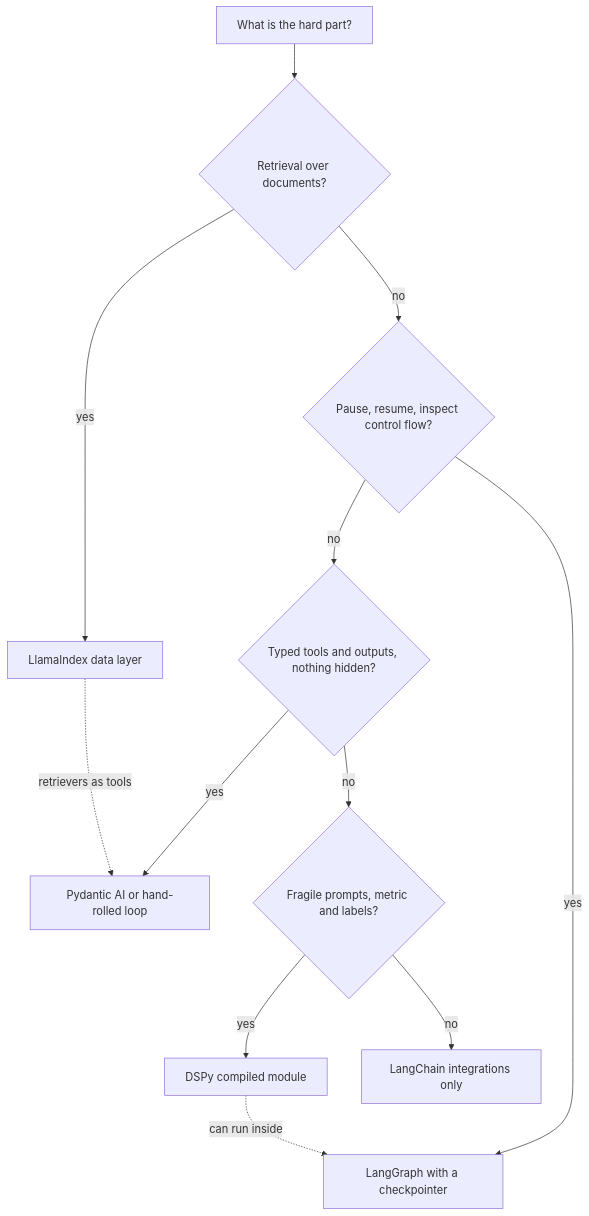
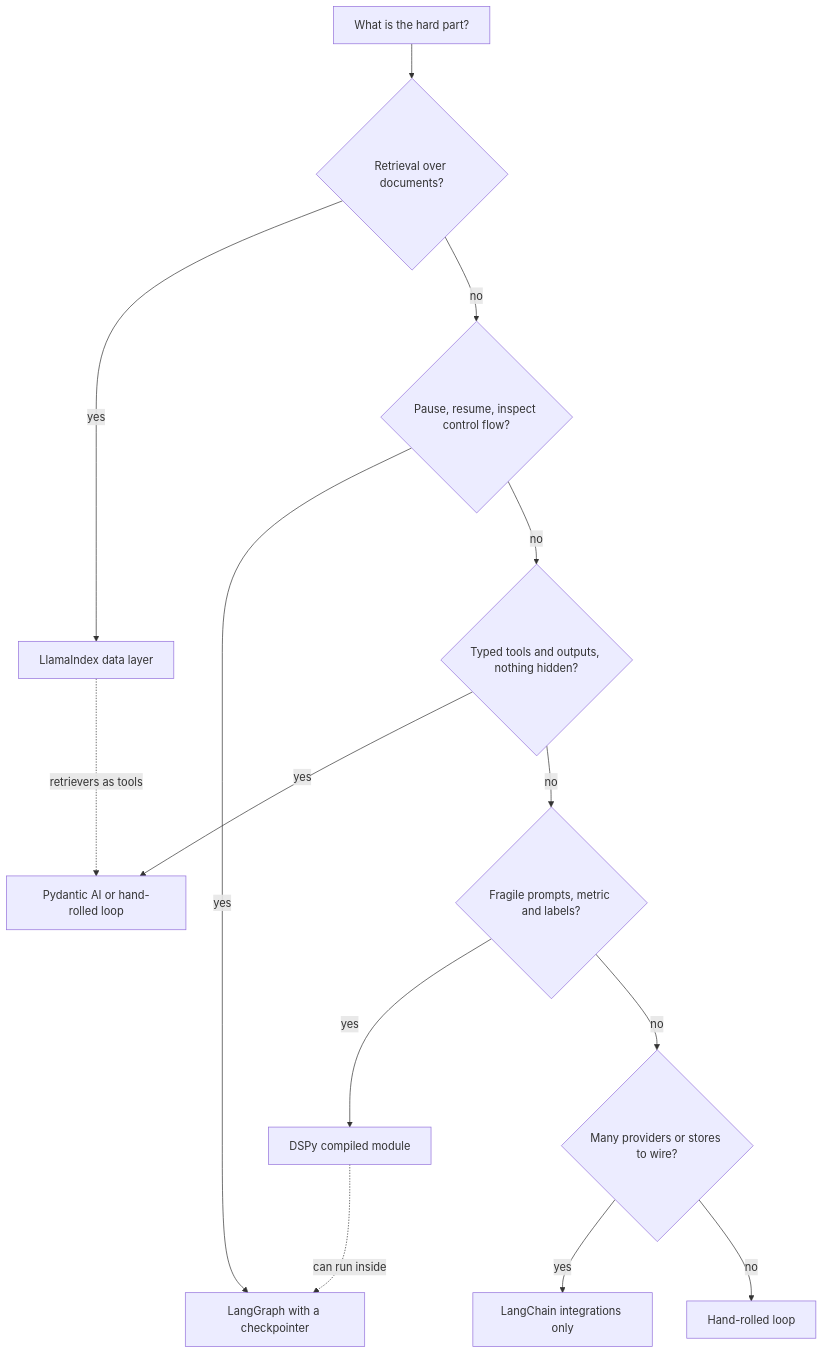
The diagram in content/agents/frameworks.md (lovishmahajan97/agentic-learning), drawn with Mermaid before and after one commit. The commit also changed other lines of this file and 213 other files, not shown here.

````diff
--- a/content/agents/frameworks.md
+++ b/content/agents/frameworks.md
@@ -146,14 +147,16 @@
 ```mermaid
 flowchart TD
     Q["What is the hard part?"] --> R{"Retrieval over documents?"}
     R -->|"yes"| LI["LlamaIndex data layer"]
     R -->|"no"| C{"Pause, resume, inspect control flow?"}
     C -->|"yes"| LG["LangGraph with a checkpointer"]
     C -->|"no"| T{"Typed tools and outputs, nothing hidden?"}
     T -->|"yes"| PA["Pydantic AI or hand-rolled loop"]
     T -->|"no"| P{"Fragile prompts, metric and labels?"}
     P -->|"yes"| DS["DSPy compiled module"]
-    P -->|"no"| LC["LangChain integrations only"]
+    P -->|"no"| I{"Many providers or stores to wire?"}
+    I -->|"yes"| LC["LangChain integrations only"]
+    I -->|"no"| H["Hand-rolled loop"]
     DS -.->|"can run inside"| LG
     LI -.->|"retrievers as tools"| PA
 ```
````
